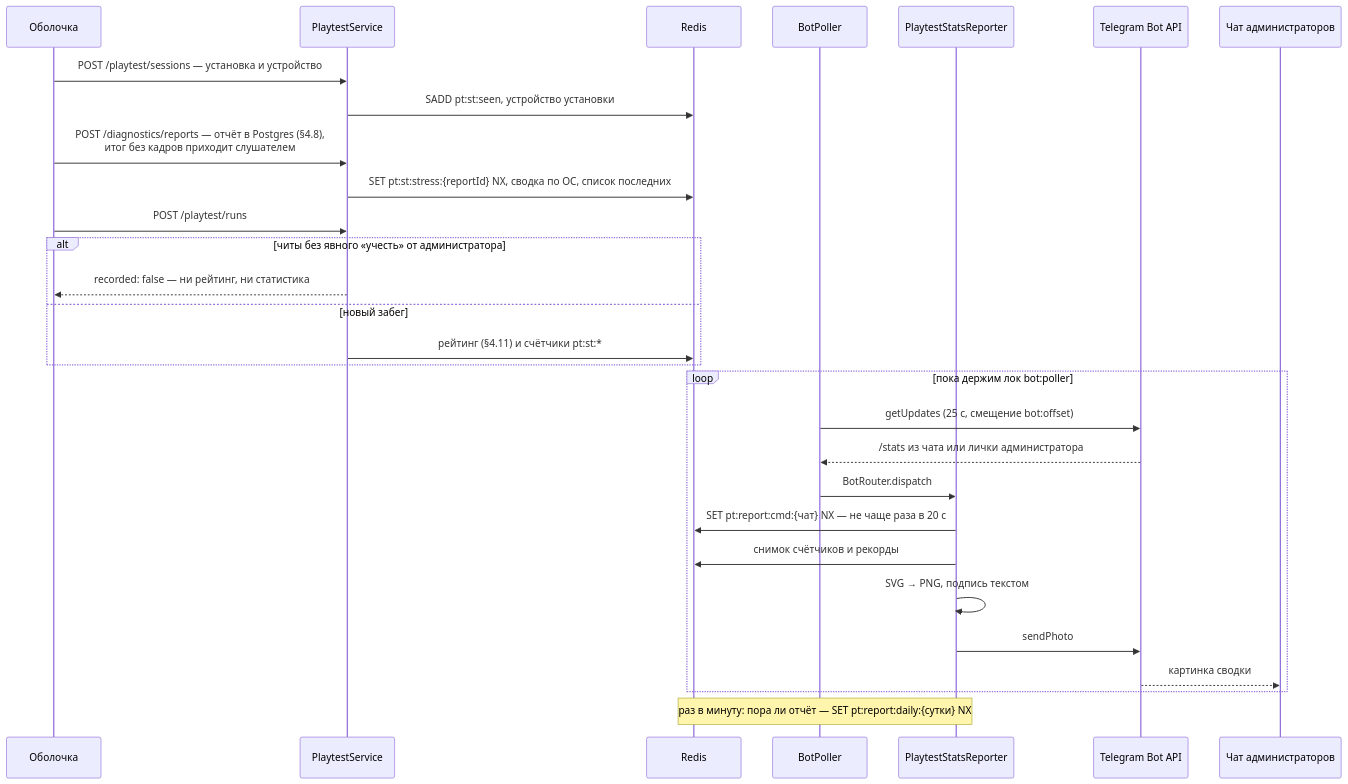
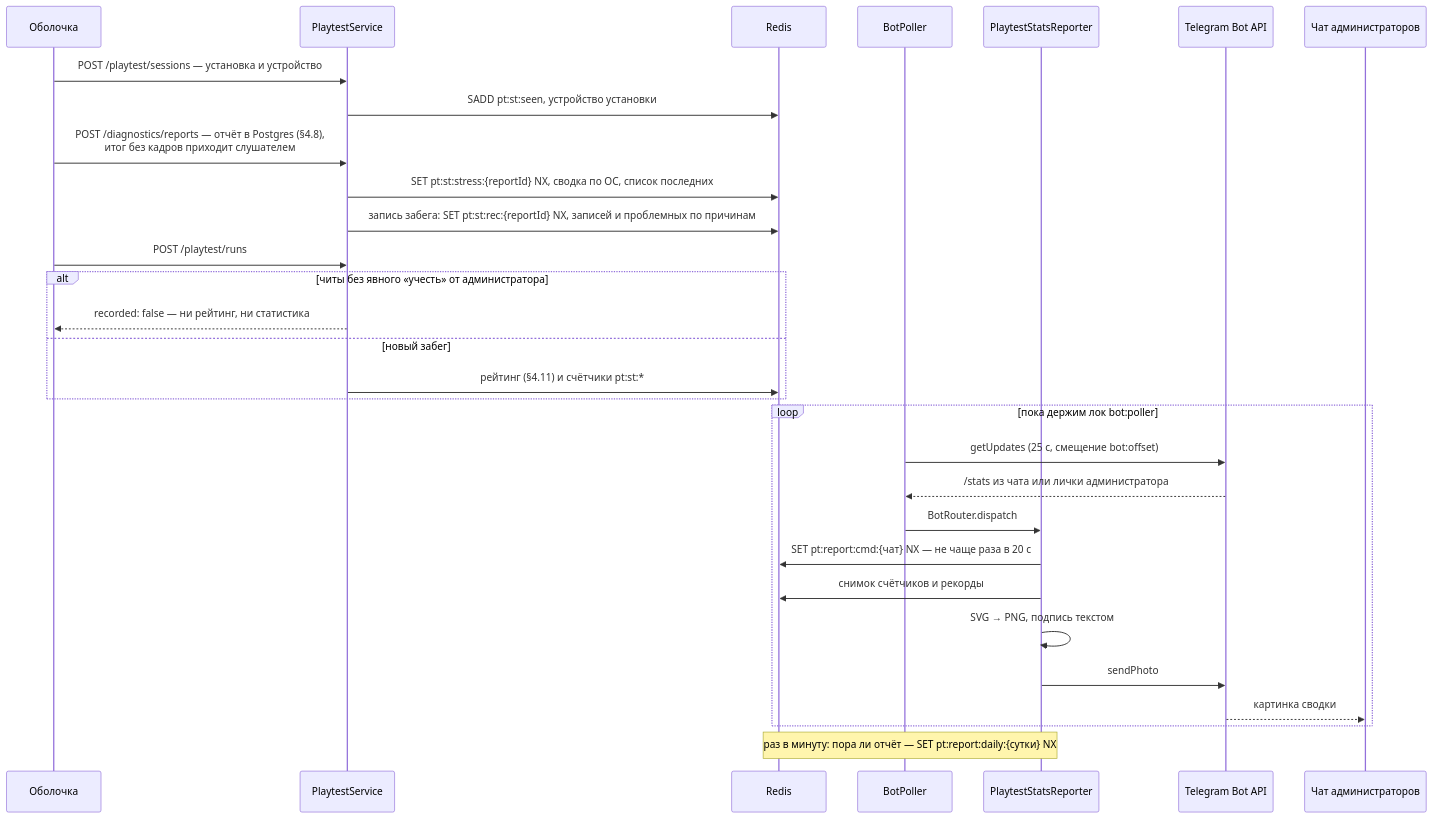
Before and after one commit to JJSGxKD/rubezh: diagram 19 of 22 in docs/21-diagrams.md, drawn with Mermaid. The commit also changed 15 other files, not shown here.

````diff
--- a/docs/21-diagrams.md
+++ b/docs/21-diagrams.md
@@ -1028,33 +1028,34 @@
 ```mermaid
 sequenceDiagram
     participant S as Оболочка
     participant P as PlaytestService
     participant R as Redis
     participant BP as BotPoller
     participant B as PlaytestStatsReporter
     participant TG as Telegram Bot API
     participant A as Чат администраторов
 
     S->>P: POST /playtest/sessions — установка и устройство
     P->>R: SADD pt:st:seen, устройство установки
     S->>P: POST /diagnostics/reports — отчёт в Postgres (§4.8),<br/>итог без кадров приходит слушателем
     P->>R: SET pt:st:stress:{reportId} NX, сводка по ОС, список последних
+    P->>R: запись забега: SET pt:st:rec:{reportId} NX, записей и проблемных по причинам
     S->>P: POST /playtest/runs
     alt читы без явного «учесть» от администратора
         P-->>S: recorded: false — ни рейтинг, ни статистика
     else новый забег
         P->>R: рейтинг (§4.11) и счётчики pt:st:*
     end
 
     loop пока держим лок bot:poller
         BP->>TG: getUpdates (25 с, смещение bot:offset)
         TG-->>BP: /stats из чата или лички администратора
         BP->>B: BotRouter.dispatch
         B->>R: SET pt:report:cmd:{чат} NX — не чаще раза в 20 с
         B->>R: снимок счётчиков и рекорды
         B->>B: SVG → PNG, подпись текстом
         B->>TG: sendPhoto
         TG-->>A: картинка сводки
     end
     Note over B,R: раз в минуту: пора ли отчёт — SET pt:report:daily:{сутки} NX
 ```
````
